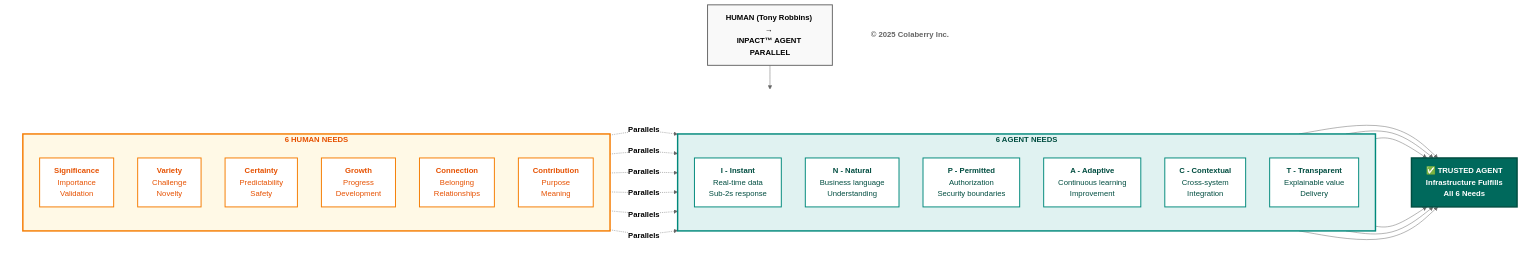
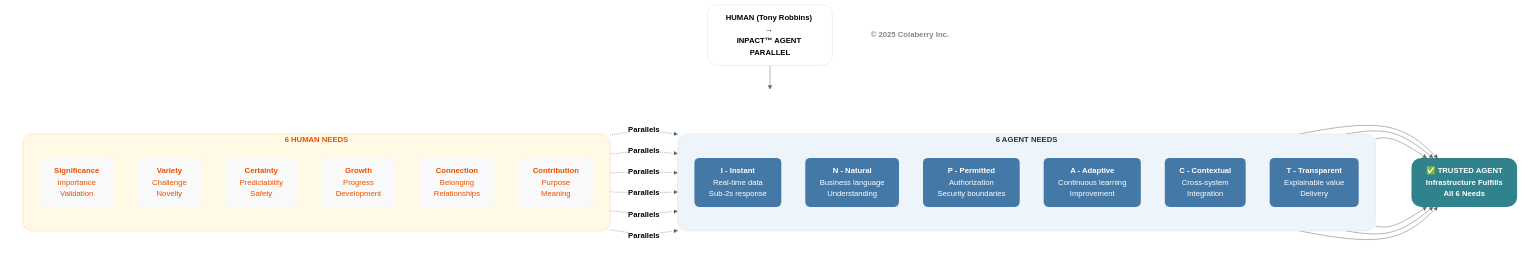
One commit to saitejesh-cyber/trust-before-intelligence-book changed the third of 12 diagrams in manuscript/03_chapter_2_inpact_framework.md. Above: the diagram before and after it, drawn with Mermaid (neutral theme). The commit also changed other lines of this file and 4 other files, not shown here.

Commit message:
Chapter 1to5: Updated mermaid diagrams based on new colaberry color code

````diff
--- a/manuscript/03_chapter_2_inpact_framework.md
+++ b/manuscript/03_chapter_2_inpact_framework.md
@@ -123,72 +123,76 @@
 ```mermaid
 graph TB
     TITLE["<b>HUMAN (Tony Robbins) → <br/>INPACT™ AGENT PARALLEL</b>"]
     
     TITLE --> ROW
     
     subgraph ROW[" "]
         direction LR
         
         subgraph HUMAN["<b>6 HUMAN NEEDS </b>"]
             direction TB
             H1["<b>Significance</b><br/>Importance<br/>Validation"]
             H2["<b>Variety</b><br/>Challenge<br/>Novelty"]
             H3["<b>Certainty</b><br/>Predictability<br/>Safety"]
             H4["<b>Growth</b><br/>Progress<br/>Development"]
             H5["<b>Connection</b><br/>Belonging<br/>Relationships"]
             H6["<b>Contribution</b><br/>Purpose<br/>Meaning"]
         end
         
         subgraph AGENT["<b>6 AGENT NEEDS</b>"]
             direction TB
             A1["<b>I - Instant</b><br/>Real-time data<br/>Sub-2s response"]
             A2["<b>N - Natural</b><br/>Business language<br/>Understanding"]
             A3["<b>P - Permitted</b><br/>Authorization<br/>Security boundaries"]
             A4["<b>A - Adaptive</b><br/>Continuous learning<br/>Improvement"]
             A5["<b>C - Contextual</b><br/>Cross-system<br/>Integration"]
             A6["<b>T - Transparent</b><br/>Explainable value<br/>Delivery"]
         end
         
         TRUST["<b>✅ TRUSTED AGENT</b><br/><b>Infrastructure Fulfills <br/>All 6 Needs</b>"]
         
         H1 -.->|<b>Parallels</b>| A1
         H2 -.->|<b>Parallels</b>| A2
         H3 -.->|<b>Parallels</b>| A3
         H4 -.->|<b>Parallels</b>| A4
         H5 -.->|<b>Parallels</b>| A5
         H6 -.->|<b>Parallels</b>| A6
         
         A1 --> TRUST
         A2 --> TRUST
         A3 --> TRUST
         A4 --> TRUST
         A5 --> TRUST
         A6 --> TRUST
     end
     
     COPYRIGHT["<b>© 2025 Colaberry Inc.</b>"]
     
-    style TITLE fill:#f9f9f9,stroke:#666666,stroke-width:2px,color:#000000
+    %% TITLE — NEUTRAL / CONTEXT
+    style TITLE fill:#ffffff,stroke:#e0e0e0,stroke-width:1px,color:#000000,rx:20,ry:20
+    style ROW fill:none,stroke:none
     
-    style ROW fill:#ffffff,stroke:none
+    %% 🟠 HUMAN NEEDS — POSITIVE MOTIVATION (NOT FAILURE)
+    style HUMAN fill:#fff9e6,stroke:#f2d3a7,stroke-width:1px,color:#e65100,rx:20,ry:20
+    style H1 fill:#f9f9f9,stroke:none,color:#e65100,rx:10,ry:10
+    style H2 fill:#f9f9f9,stroke:none,color:#e65100,rx:10,ry:10
+    style H3 fill:#f9f9f9,stroke:none,color:#e65100,rx:10,ry:10
+    style H4 fill:#f9f9f9,stroke:none,color:#e65100,rx:10,ry:10
+    style H5 fill:#f9f9f9,stroke:none,color:#e65100,rx:10,ry:10
+    style H6 fill:#f9f9f9,stroke:none,color:#e65100,rx:10,ry:10
     
-    style HUMAN fill:#fff9e6,stroke:#f57c00,stroke-width:3px,color:#e65100
-    style H1 fill:#ffffff,stroke:#f57c00,stroke-width:2px,color:#e65100
-    style H2 fill:#ffffff,stroke:#f57c00,stroke-width:2px,color:#e65100
-    style H3 fill:#ffffff,stroke:#f57c00,stroke-width:2px,color:#e65100
-    style H4 fill:#ffffff,stroke:#f57c00,stroke-width:2px,color:#e65100
-    style H5 fill:#ffffff,stroke:#f57c00,stroke-width:2px,color:#e65100
-    style H6 fill:#ffffff,stroke:#f57c00,stroke-width:2px,color:#e65100
+    %% 🔵 AGENT NEEDS — TRANSFORMATION / BECOMING
+    style AGENT fill:#edf4fa,stroke:#d6e4f2,stroke-width:1px,color:#333333,rx:20,ry:20
+    style A1 fill:#4478A6,stroke:none,color:#ffffff,rx:10,ry:10
+    style A2 fill:#4478A6,stroke:none,color:#ffffff,rx:10,ry:10
+    style A3 fill:#4478A6,stroke:none,color:#ffffff,rx:10,ry:10
+    style A4 fill:#4478A6,stroke:none,color:#ffffff,rx:10,ry:10
+    style A5 fill:#4478A6,stroke:none,color:#ffffff,rx:10,ry:10
+    style A6 fill:#4478A6,stroke:none,color:#ffffff,rx:10,ry:10
     
-    style AGENT fill:#e0f2f1,stroke:#00897b,stroke-width:3px,color:#004d40
-    style A1 fill:#ffffff,stroke:#00897b,stroke-width:2px,color:#004d40
-    style A2 fill:#ffffff,stroke:#00897b,stroke-width:2px,color:#004d40
-    style A3 fill:#ffffff,stroke:#00897b,stroke-width:2px,color:#004d40
-    style A4 fill:#ffffff,stroke:#00897b,stroke-width:2px,color:#004d40
-    style A5 fill:#ffffff,stroke:#00897b,stroke-width:2px,color:#004d40
-    style A6 fill:#ffffff,stroke:#00897b,stroke-width:2px,color:#004d40
+    %% 🟢 TRUSTED AGENT — OUTCOME
+    style TRUST fill:#30838C,stroke:none,color:#ffffff,rx:20,ry:20
     
-    style TRUST fill:#00695c,color:#ffffff,stroke:#004d40,stroke-width:3px
-    
-    style COPYRIGHT fill:#ffffff,stroke:none,color:#666666
+    %% FOOTER
+    style COPYRIGHT fill:none,stroke:none,color:#888888
 ```
````
